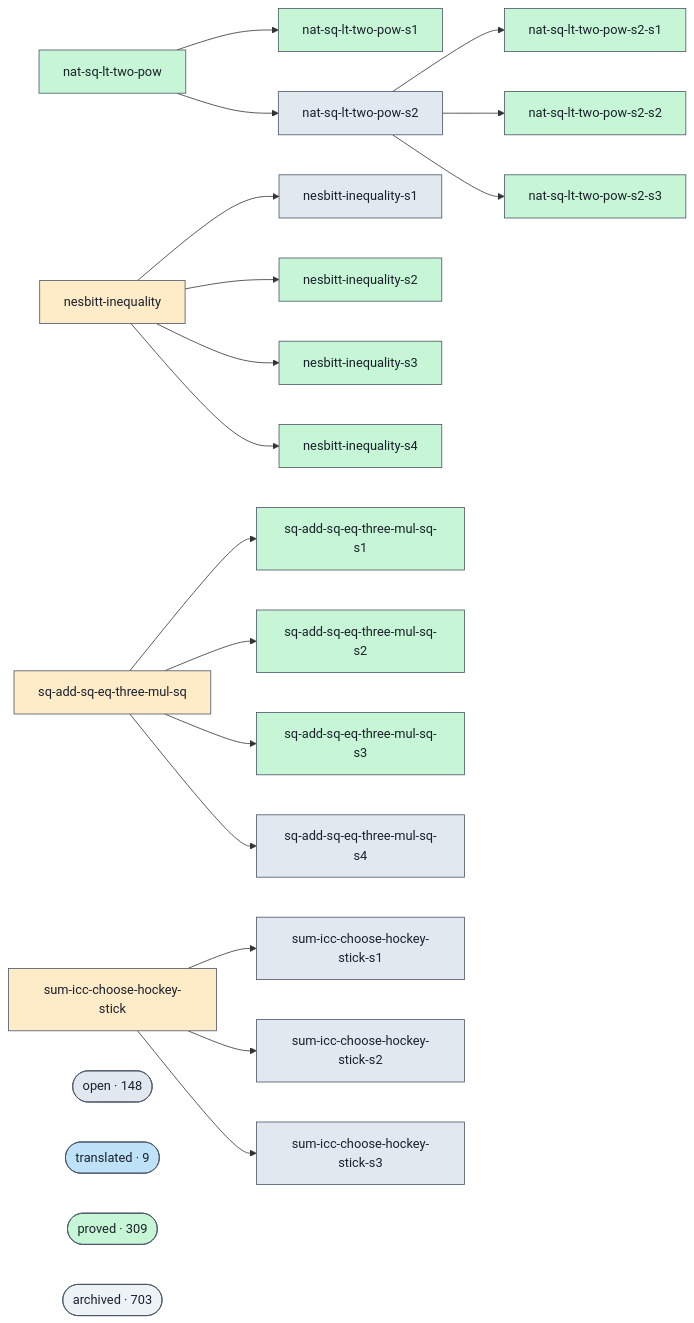
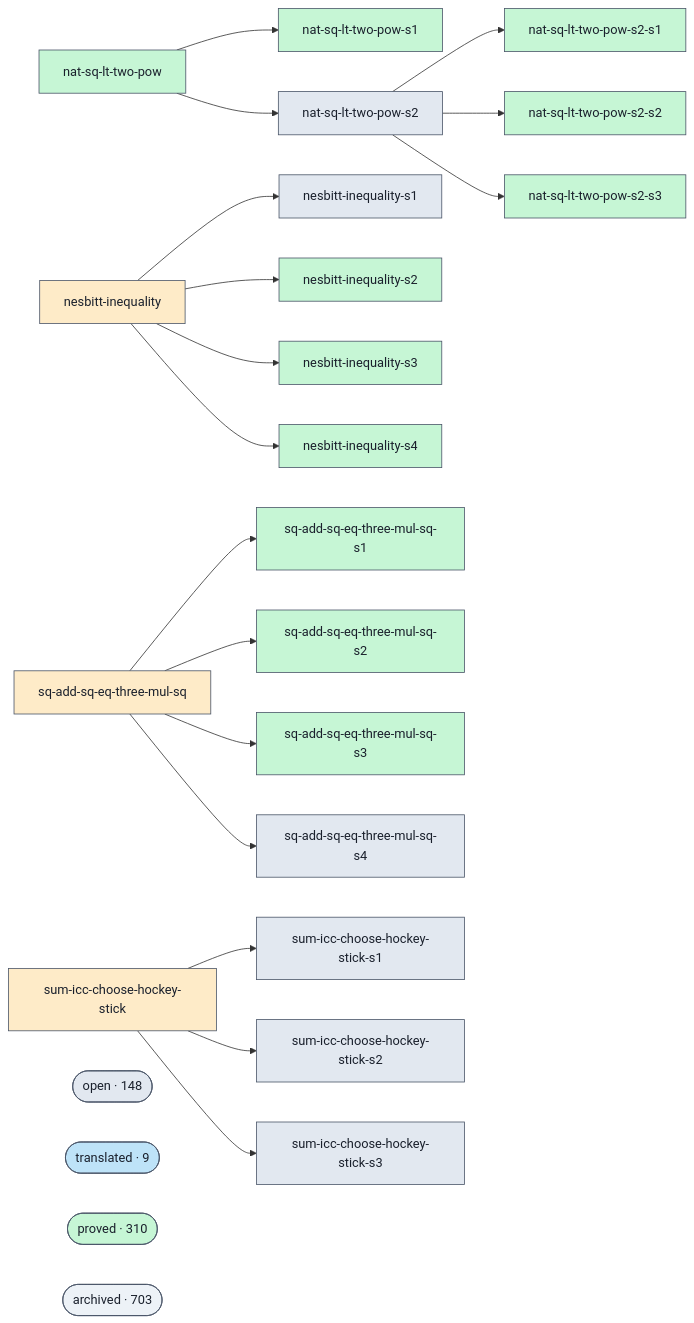
Before and after one commit to ohdearquant/unsorry: the diagram in docs/proofs-contributors-visualisation.md, drawn with Mermaid. The commit also changed other lines of this file and 2 other files, not shown here.

```diff
--- a/docs/proofs-contributors-visualisation.md
+++ b/docs/proofs-contributors-visualisation.md
@@ -102,7 +102,7 @@
   class cluster_open open;
   cluster_translated(["translated · 9"])
   class cluster_translated translated;
-  cluster_proved(["proved · 309"])
+  cluster_proved(["proved · 310"])
   class cluster_proved proved;
   cluster_archived(["archived · 703"])
   class cluster_archived unknown;
```
